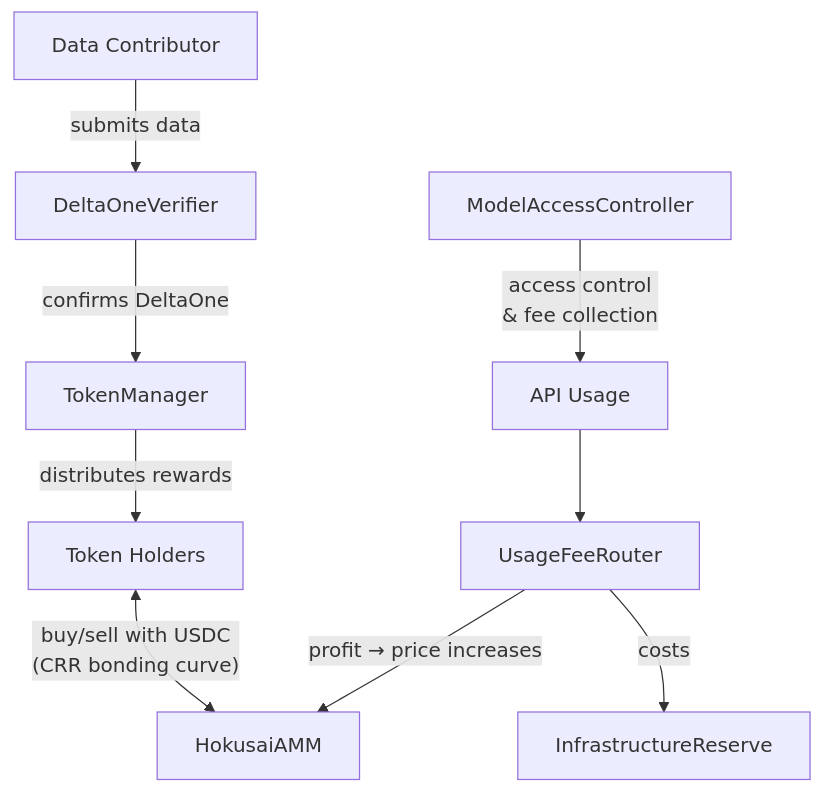
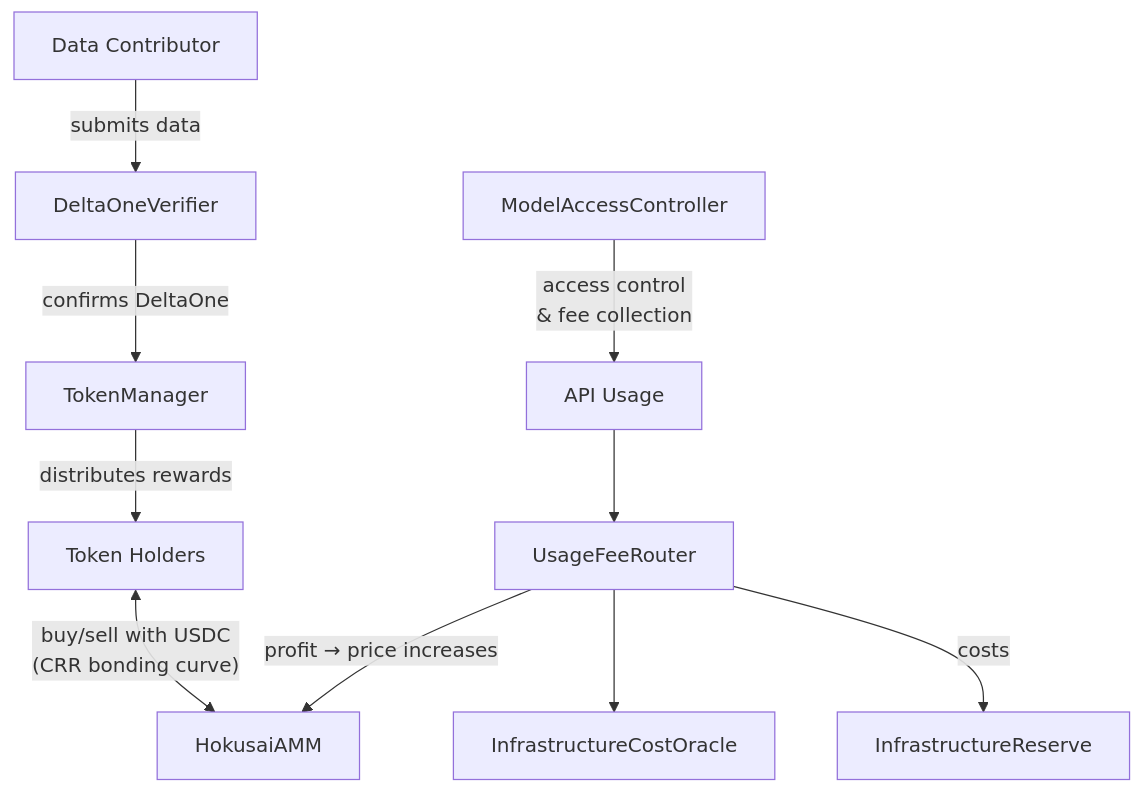
One commit to Hokusai-protocol/hokusai-docs changed the diagram in docs/docs/smart-contracts/smart-contracts-overview.md. Above: the diagram before and after it, drawn with Mermaid. The commit also changed other lines of this file and 16 other files, not shown here.

````diff
--- a/docs/docs/smart-contracts/smart-contracts-overview.md
+++ b/docs/docs/smart-contracts/smart-contracts-overview.md
@@ -5,11 +5,12 @@
 ```mermaid
 graph TD
     DC["Data Contributor"] -->|submits data| DOV["DeltaOneVerifier"]
     DOV -->|confirms DeltaOne| TM["TokenManager"]
     TM -->|distributes rewards| TH["Token Holders"]
     TH <-->|"buy/sell with USDC<br/>(CRR bonding curve)"| AMM["HokusaiAMM"]
     API["API Usage"] --> UFR["UsageFeeRouter"]
+    UFR --> ICO["InfrastructureCostOracle"]
     UFR -->|costs| IR["InfrastructureReserve"]
     UFR -->|"profit → price increases"| AMM
     MAC["ModelAccessController"] -->|"access control<br/>& fee collection"| API
 ```
````
